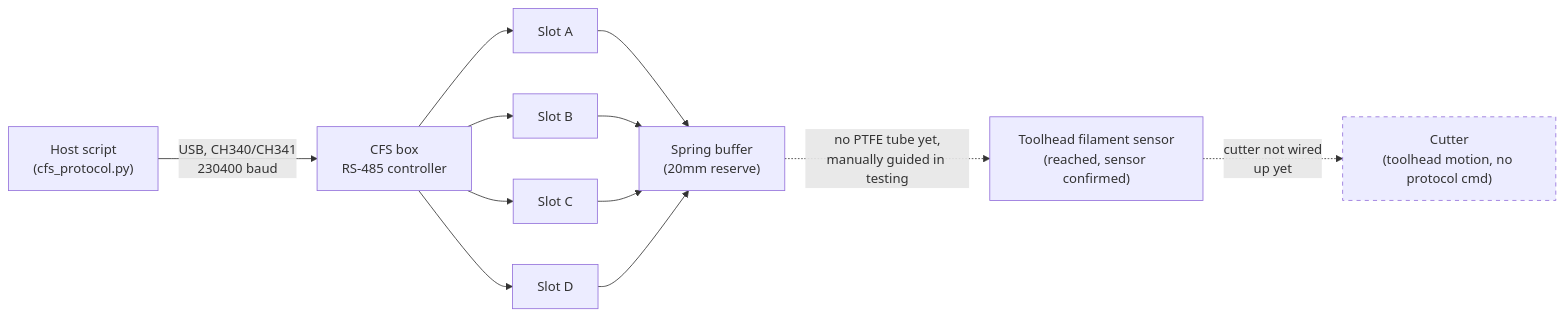
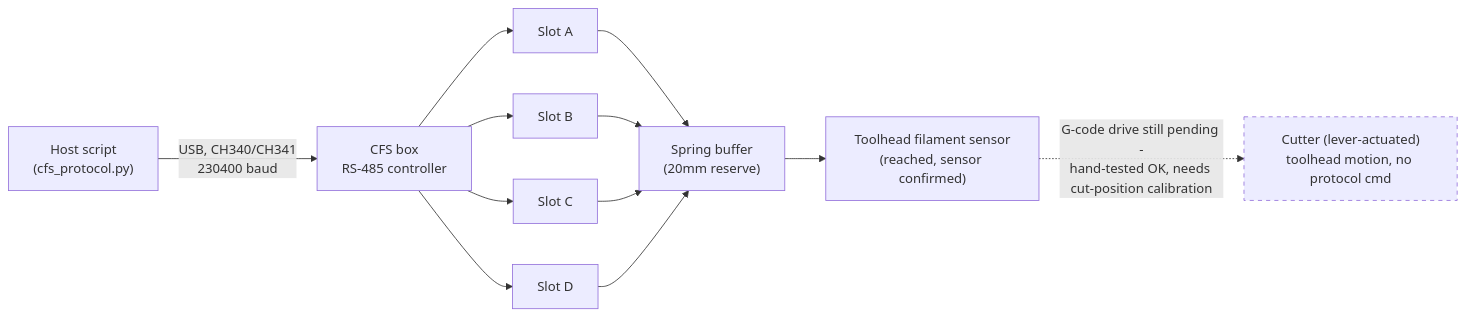
The first of 2 diagrams in README.md (tomaspakosta/k1c-cfs-klipper), drawn with Mermaid before and after one commit. The commit also changed other lines of this file and 1 other file, not shown here.

First line of the commit message:
PTFE connected end-to-end, cutter mechanism confirmed (lever-actuated)

````diff
--- a/README.md
+++ b/README.md
@@ -139,13 +140,13 @@
 ```mermaid
 graph LR
     Host["Host script<br/>(cfs_protocol.py)"] -->|USB, CH340/CH341<br/>230400 baud| Box["CFS box<br/>RS-485 controller"]
     Box --> A["Slot A"]
     Box --> B["Slot B"]
     Box --> C["Slot C"]
     Box --> D["Slot D"]
     A & B & C & D --> Buffer["Spring buffer<br/>(20mm reserve)"]
-    Buffer -.->|no PTFE tube yet,<br/>manually guided in testing| Sensor["Toolhead filament sensor<br/>(reached, sensor confirmed)"]
-    Sensor -.->|cutter not wired<br/>up yet| Cutter["Cutter<br/>(toolhead motion, no protocol cmd)"]
+    Buffer --> Sensor["Toolhead filament sensor<br/>(reached, sensor confirmed)"]
+    Sensor -.->|G-code drive still pending -<br/>hand-tested OK, needs cut-position calibration| Cutter["Cutter (lever-actuated)<br/>toolhead motion, no protocol cmd"]
 
     style Cutter stroke-dasharray: 5 5
 ```
````
